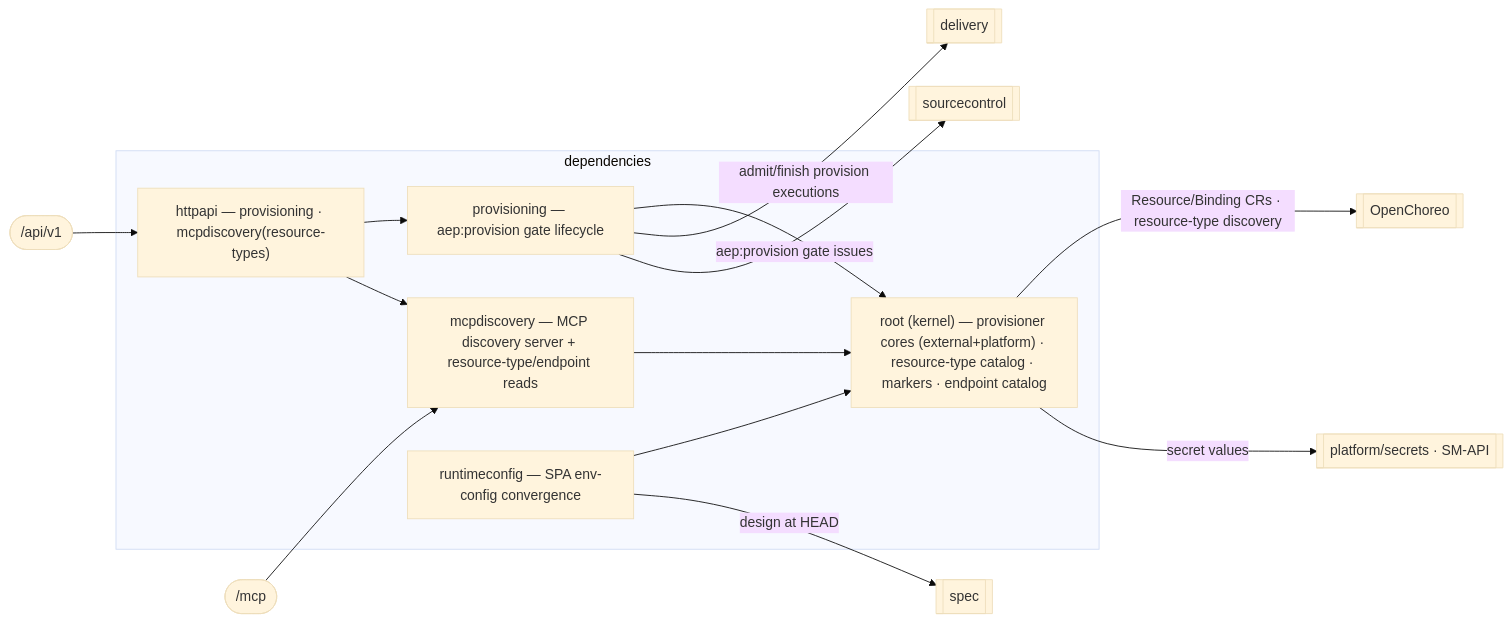
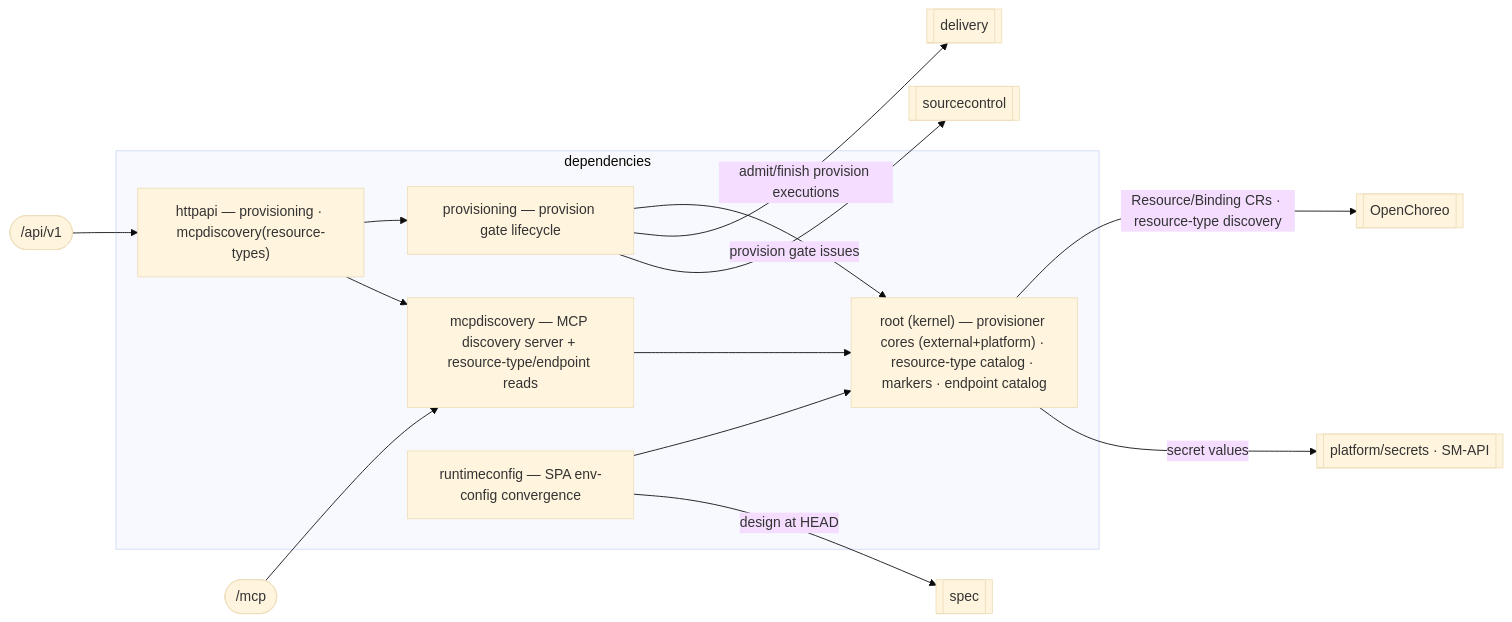
One commit to KCSAbeywickrama/labs-agentic-engineer changed the diagram in services/aep-api/internal/dependencies/README.md. Above: the diagram before and after it, drawn with Mermaid (base theme). The commit also changed other lines of this file and 78 other files, not shown here.

````diff
--- a/services/aep-api/internal/dependencies/README.md
+++ b/services/aep-api/internal/dependencies/README.md
@@ -12,22 +12,22 @@
 ```mermaid
 flowchart LR
   API(["/api/v1"]) --> HTTP
   MCP(["/mcp"]) --> DISC
   subgraph dependencies
     HTTP["httpapi — provisioning · mcpdiscovery(resource-types)"]
     ROOT["root (kernel) — provisioner cores (external+platform) · resource-type catalog · markers · endpoint catalog"]
-    PROV["provisioning — aep:provision gate lifecycle"]
+    PROV["provisioning — provision gate lifecycle"]
     RC["runtimeconfig — SPA env-config convergence"]
     DISC["mcpdiscovery — MCP discovery server + resource-type/endpoint reads"]
     HTTP --> PROV
     HTTP --> DISC
     PROV --> ROOT
     RC --> ROOT
     DISC --> ROOT
   end
   ROOT -->|Resource/Binding CRs · resource-type discovery| OC[[OpenChoreo]]
   ROOT -->|secret values| SM[[platform/secrets · SM-API]]
   PROV -->|admit/finish provision executions| DEL[[delivery]]
-  PROV -->|aep:provision gate issues| SC[[sourcecontrol]]
+  PROV -->|provision gate issues| SC[[sourcecontrol]]
   RC -->|design at HEAD| SPEC[[spec]]
 ```
````
